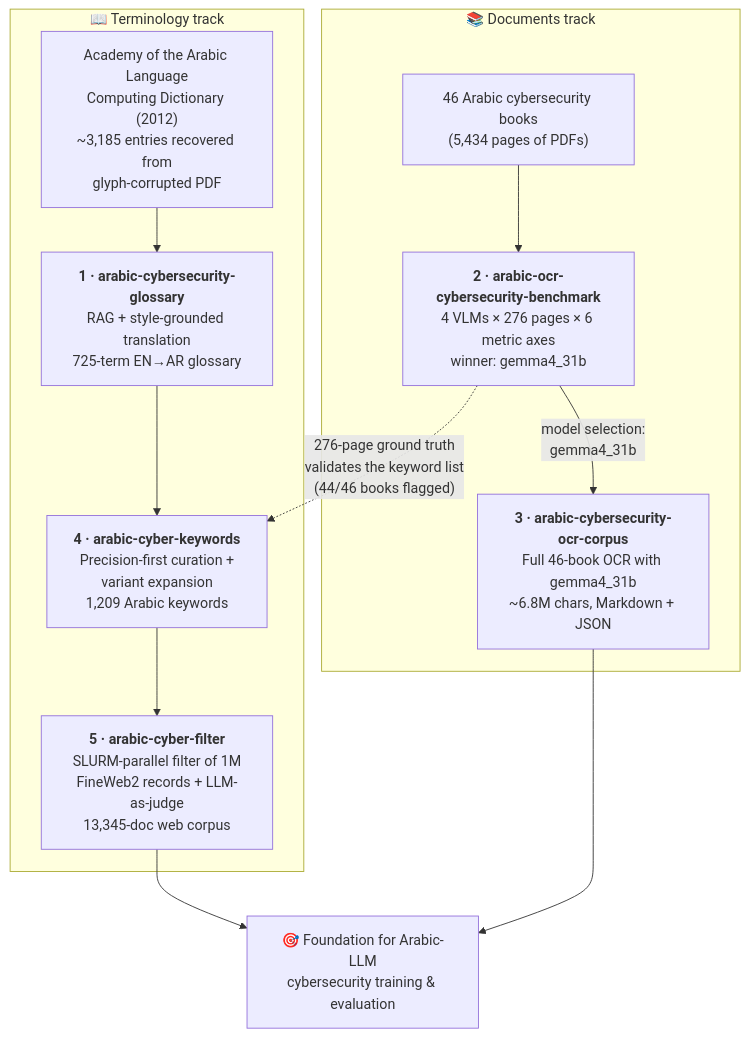
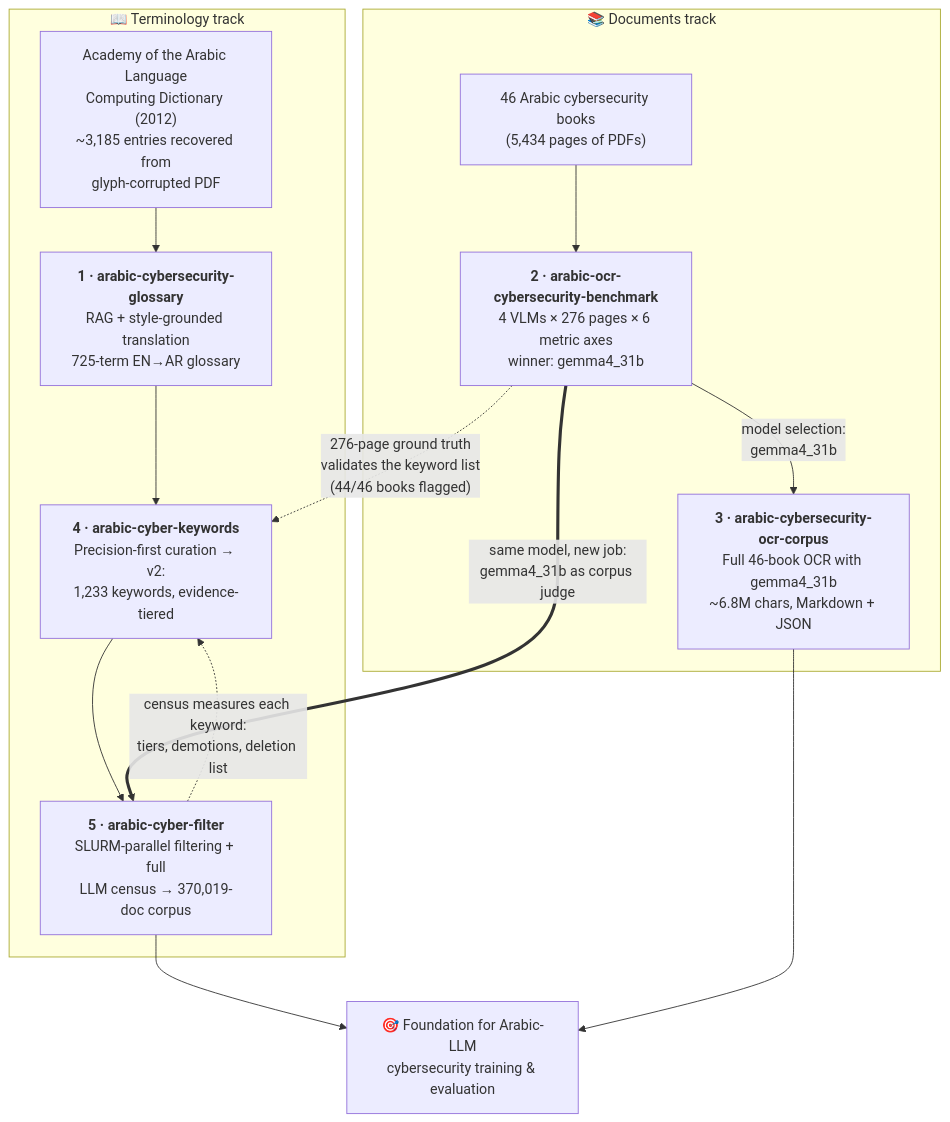
Before and after one commit to Alsumaitti/qcri-summer-2026-cybersecurity: the diagram in README.md, drawn with Mermaid. The commit also changed other lines of this file, not shown here.

````diff
--- a/README.md
+++ b/README.md
@@ -36,22 +38,24 @@
 ```mermaid
 flowchart TD
     subgraph T["📖 Terminology track"]
         ACAD["Academy of the Arabic Language<br/>Computing Dictionary (2012)<br/>~3,185 entries recovered from<br/>glyph-corrupted PDF"]
         G["<b>1 · arabic-cybersecurity-glossary</b><br/>RAG + style-grounded translation<br/>725-term EN→AR glossary"]
-        K["<b>4 · arabic-cyber-keywords</b><br/>Precision-first curation +<br/>variant expansion<br/>1,209 Arabic keywords"]
-        F["<b>5 · arabic-cyber-filter</b><br/>SLURM-parallel filter of 1M<br/>FineWeb2 records + LLM-as-judge<br/>13,345-doc web corpus"]
+        K["<b>4 · arabic-cyber-keywords</b><br/>Precision-first curation → v2:<br/>1,233 keywords, evidence-tiered"]
+        F["<b>5 · arabic-cyber-filter</b><br/>SLURM-parallel filtering + full<br/>LLM census → 370,019-doc corpus"]
         ACAD --> G --> K --> F
+        F -.->|"census measures each keyword:<br/>tiers, demotions, deletion list"| K
     end
 
     subgraph D["📚 Documents track"]
         BOOKS["46 Arabic cybersecurity books<br/>(5,434 pages of PDFs)"]
         B["<b>2 · arabic-ocr-cybersecurity-benchmark</b><br/>4 VLMs × 276 pages × 6 metric axes<br/>winner: gemma4_31b"]
         C["<b>3 · arabic-cybersecurity-ocr-corpus</b><br/>Full 46-book OCR with gemma4_31b<br/>~6.8M chars, Markdown + JSON"]
         BOOKS --> B -->|"model selection:<br/>gemma4_31b"| C
     end
 
     B -.->|"276-page ground truth<br/>validates the keyword list<br/>(44/46 books flagged)"| K
+    B ==>|"same model, new job:<br/>gemma4_31b as corpus judge"| F
 
     F --> LLM["🎯 Foundation for Arabic-LLM<br/>cybersecurity training & evaluation"]
     C --> LLM
 ```
````
